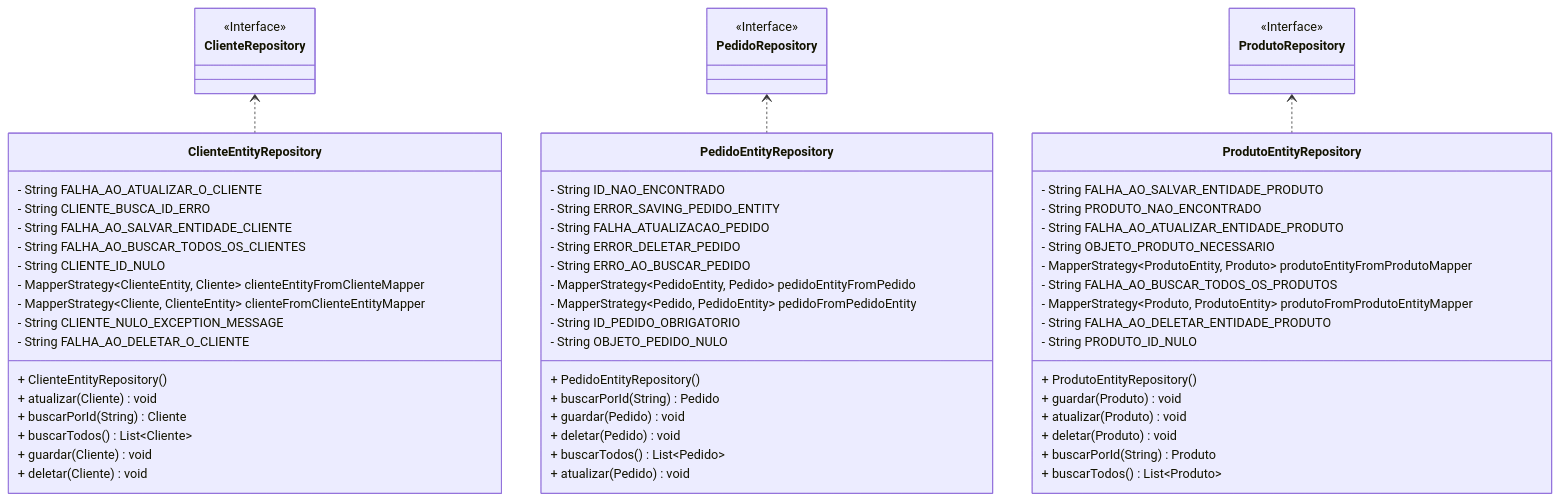
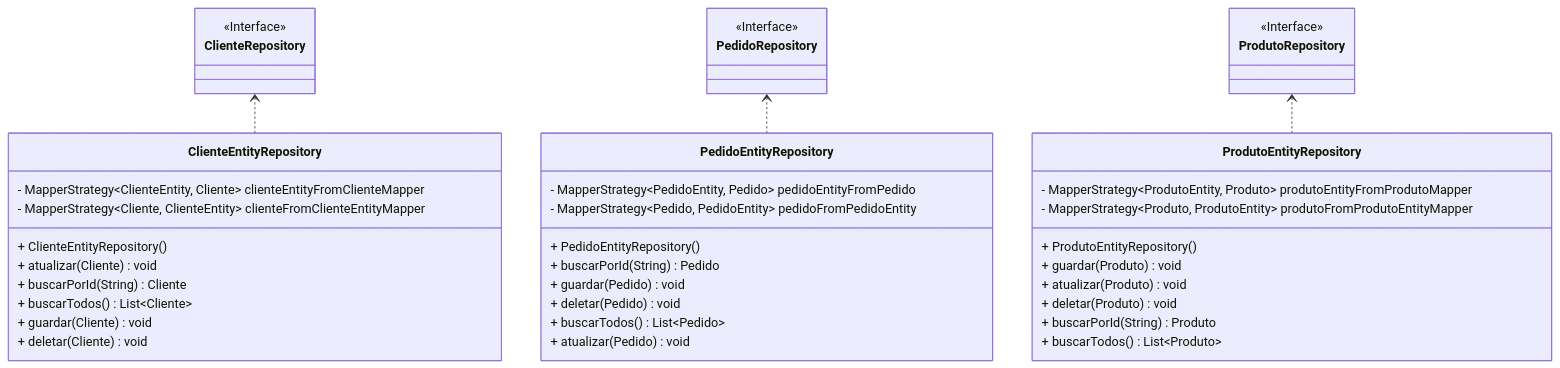
Before and after one commit to diegosneves/domain-driven-design: the ninth of 9 diagrams in README.md, drawn with Mermaid. The commit also changed other lines of this file, not shown here.

Commit message:
:recycle: Refatoração do README.md para ilustrar modificações detalhadas no código

````diff
--- a/README.md
+++ b/README.md
@@ -467,72 +447,50 @@
 ```mermaid
 classDiagram
 direction BT
 class ClienteEntityRepository {
   + ClienteEntityRepository() 
-  - String FALHA_AO_ATUALIZAR_O_CLIENTE
-  - String CLIENTE_BUSCA_ID_ERRO
-  - String FALHA_AO_SALVAR_ENTIDADE_CLIENTE
-  - String FALHA_AO_BUSCAR_TODOS_OS_CLIENTES
-  - String CLIENTE_ID_NULO
   - MapperStrategy~ClienteEntity, Cliente~ clienteEntityFromClienteMapper
   - MapperStrategy~Cliente, ClienteEntity~ clienteFromClienteEntityMapper
-  - String CLIENTE_NULO_EXCEPTION_MESSAGE
-  - String FALHA_AO_DELETAR_O_CLIENTE
   + atualizar(Cliente) void
   + buscarPorId(String) Cliente
   + buscarTodos() List~Cliente~
   + guardar(Cliente) void
   + deletar(Cliente) void
 }
 class ClienteRepository {
 <<Interface>>
 
 }
 class PedidoEntityRepository {
   + PedidoEntityRepository() 
-  - String ID_NAO_ENCONTRADO
-  - String ERROR_SAVING_PEDIDO_ENTITY
-  - String FALHA_ATUALIZACAO_PEDIDO
-  - String ERROR_DELETAR_PEDIDO
-  - String ERRO_AO_BUSCAR_PEDIDO
   - MapperStrategy~PedidoEntity, Pedido~ pedidoEntityFromPedido
   - MapperStrategy~Pedido, PedidoEntity~ pedidoFromPedidoEntity
-  - String ID_PEDIDO_OBRIGATORIO
-  - String OBJETO_PEDIDO_NULO
   + buscarPorId(String) Pedido
   + guardar(Pedido) void
   + deletar(Pedido) void
   + buscarTodos() List~Pedido~
   + atualizar(Pedido) void
 }
 class PedidoRepository {
 <<Interface>>
 
 }
 class ProdutoEntityRepository {
   + ProdutoEntityRepository() 
-  - String FALHA_AO_SALVAR_ENTIDADE_PRODUTO
-  - String PRODUTO_NAO_ENCONTRADO
-  - String FALHA_AO_ATUALIZAR_ENTIDADE_PRODUTO
-  - String OBJETO_PRODUTO_NECESSARIO
   - MapperStrategy~ProdutoEntity, Produto~ produtoEntityFromProdutoMapper
-  - String FALHA_AO_BUSCAR_TODOS_OS_PRODUTOS
   - MapperStrategy~Produto, ProdutoEntity~ produtoFromProdutoEntityMapper
-  - String FALHA_AO_DELETAR_ENTIDADE_PRODUTO
-  - String PRODUTO_ID_NULO
   + guardar(Produto) void
   + atualizar(Produto) void
   + deletar(Produto) void
   + buscarPorId(String) Produto
   + buscarTodos() List~Produto~
 }
 class ProdutoRepository {
 <<Interface>>
 
 }
 
 ClienteEntityRepository  ..>  ClienteRepository 
 PedidoEntityRepository  ..>  PedidoRepository 
 ProdutoEntityRepository  ..>  ProdutoRepository 
-
 ```
````
